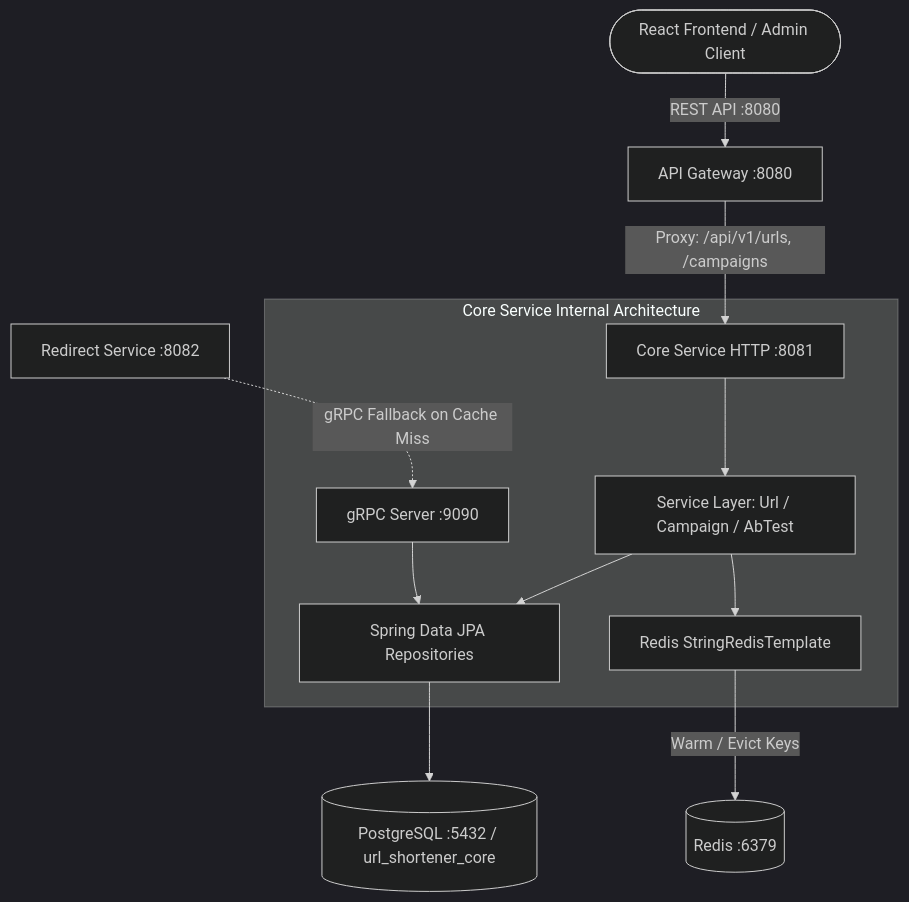
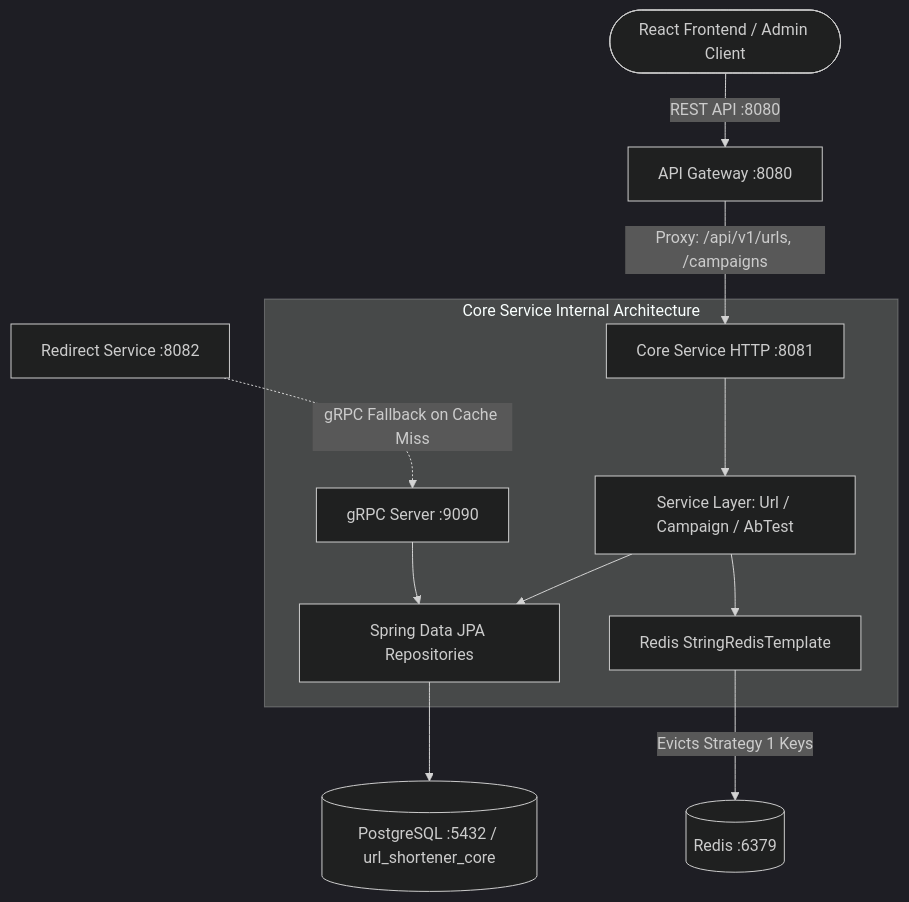
The first of 2 diagrams in docs/core_service_guide.md (TheFastest599/url-shortener), drawn with Mermaid (dark theme) before and after one commit. The commit also changed other lines of this file and 33 other files, not shown here.

````diff
--- a/docs/core_service_guide.md
+++ b/docs/core_service_guide.md
@@ -41,17 +43,17 @@
 ```mermaid
 graph TD
     Client([React Frontend / Admin Client]) -->|"REST API :8080"| Gateway[API Gateway :8080]
     Gateway -->|"Proxy: /api/v1/urls, /campaigns"| CoreHTTP[Core Service HTTP :8081]
     
-    subgraph Core Service Internal Architecture
+    subgraph CoreInternal ["Core Service Internal Architecture"]
         CoreHTTP --> ServiceLayer[Service Layer: Url / Campaign / AbTest]
         ServiceLayer --> JPA[Spring Data JPA Repositories]
         ServiceLayer --> RedisCache[Redis StringRedisTemplate]
         
         GrpcServer[gRPC Server :9090] --> JPA
     end
 
     JPA --> PostgresDB[(PostgreSQL :5432 / url_shortener_core)]
-    RedisCache -->|"Warm / Evict Keys"| SharedRedis[(Redis :6379)]
+    RedisCache -->|"Evicts Strategy 1 Keys"| SharedRedis[(Redis :6379)]
     RedirectService[Redirect Service :8082] -.->|"gRPC Fallback on Cache Miss"| GrpcServer
 ```
````
